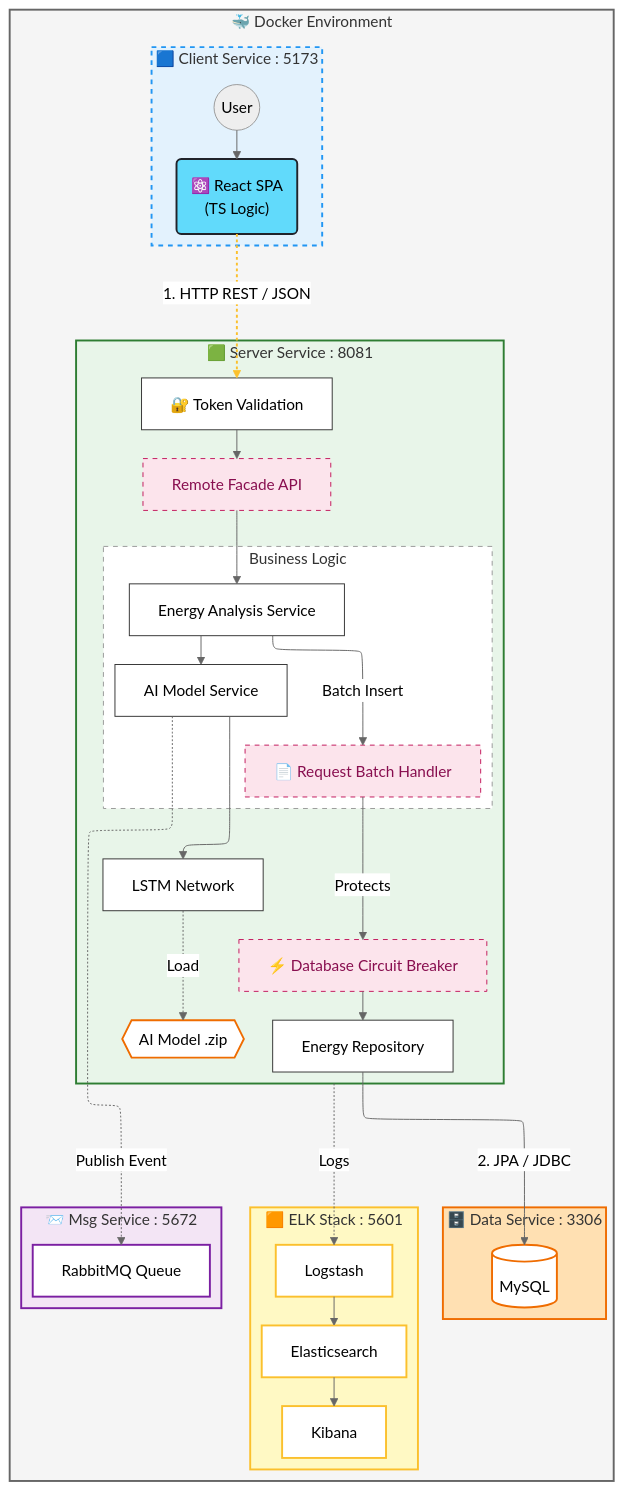
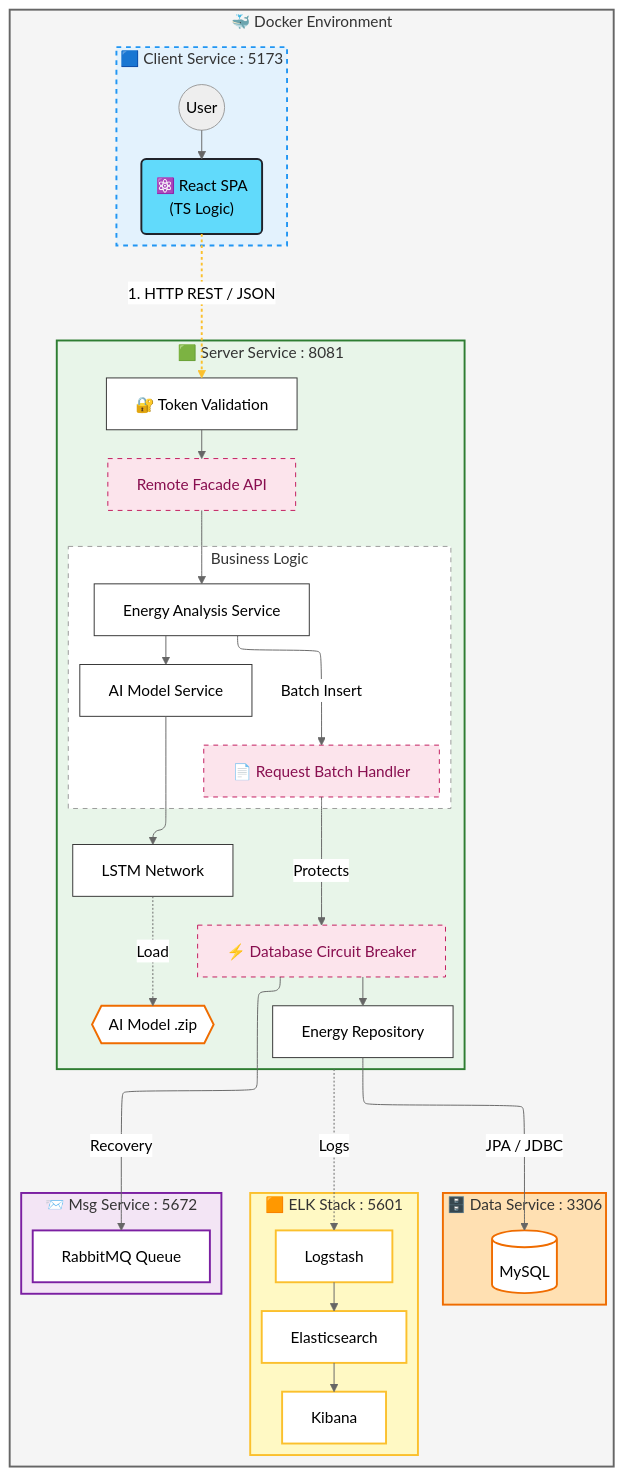
The diagram in assets/mermaid_sources/architecture_diagram.mmd (nameisalfio/nexus-energy-ds), drawn with Mermaid (neutral theme) before and after one commit. The commit also changed 3 other files, not shown here.

Commit message:
recovery service rabbitMQ

```diff
--- a/assets/mermaid_sources/architecture_diagram.mmd
+++ b/assets/mermaid_sources/architecture_diagram.mmd
@@ -1,93 +1,93 @@
 ---
 config:
   layout: elk
 ---
 flowchart TB
  subgraph Browser_Env["🟦 Client Service : 5173"]
     direction TB
         User(("User"))
         ReactApp("⚛️ React SPA<br>(TS Logic)")
   end
  subgraph Business_Logic["Business Logic"]
         Service["Energy Analysis Service"]
         AI["AI Model Service"]
         Batch["📄 Request Batch Handler"]
   end
  subgraph Server_App["🟩 Server Service : 8081"]
     direction TB
         Auth["🔐 Token Validation"]
         Facade["Remote Facade API"]
         Business_Logic
         CB_Database["⚡ Database Circuit Breaker"]
         Repo["Energy Repository"]
         ModelFile{{"AI Model .zip"}}
         LSTM["LSTM Network"]
   end
  subgraph Messaging_Service["📨 Msg Service : 5672"]
         RabbitMQ["RabbitMQ Queue"]
   end
  subgraph Data_Service["🗄️ Data Service : 3306"]
         MySQL[("MySQL")]
   end
  subgraph ELK_Stack["🟧 ELK Stack : 5601"]
     direction TB
         Logstash["Logstash"]
         Elasticsearch["Elasticsearch"]
         Kibana["Kibana"]
   end
  subgraph Docker_Host["🐳 Docker Environment"]
     direction TB
         Browser_Env
         Server_App
         Messaging_Service
         Data_Service
         ELK_Stack
   end
     User --> ReactApp
     Auth --> Facade
     Facade --> Service
     Service --> AI
     Service -- Batch Insert --> Batch
     AI --> LSTM
     LSTM -. Load .-> ModelFile
     Batch -- Protects --> CB_Database
     CB_Database --> Repo
     Logstash --> Elasticsearch
     Elasticsearch --> Kibana
     ReactApp -- "1. HTTP REST / JSON" --> Auth
-    Repo -- "2. JPA / JDBC" --> MySQL
-    AI -. Publish Event .-> RabbitMQ
+    Repo -- "JPA / JDBC" --> MySQL
+    CB_Database -- "Recovery" --> RabbitMQ
     Server_App -. Logs .-> Logstash
     Browser_Env ~~~ Server_App
     Server_App ~~~ Data_Service & Messaging_Service & ELK_Stack
 
      ReactApp:::frontend
      Auth:::component
      Facade:::pattern
      Service:::component
      AI:::component
      Batch:::pattern
      CB_Database:::pattern
      Repo:::component
      ModelFile:::db
      LSTM:::component
      RabbitMQ:::queue
      MySQL:::db
      Logstash:::logging
      Elasticsearch:::logging
      Kibana:::logging
     classDef component fill:#ffffff,stroke:#333,stroke-width:1px,color:black
     classDef db fill:#ffffff,stroke:#ef6c00,stroke-width:2px,color:black
     classDef pattern fill:#fce4ec,stroke:#c2185b,stroke-width:1px,stroke-dasharray: 5 5,color:#880e4f
     classDef logging fill:#ffffff,stroke:#fbc02d,stroke-width:2px,color:black
     classDef frontend fill:#61dafb,stroke:#20232a,stroke-width:2px,color:black
     classDef queue fill:#ffffff,stroke:#7b1fa2,stroke-width:2px,color:black
     classDef container fill:#f5f5f5,stroke:#666,stroke-width:2px
     style Server_App fill:#e8f5e9,stroke:#2e7d32,stroke-width:2px
     style Browser_Env fill:#e3f2fd,stroke:#2196f3,stroke-width:2px,stroke-dasharray: 5 5
     style Data_Service fill:#ffe0b2,stroke:#ef6c00,stroke-width:2px
     style Messaging_Service fill:#f3e5f5,stroke:#7b1fa2,stroke-width:2px
     style ELK_Stack fill:#fff9c4,stroke:#fbc02d,stroke-width:2px
     style Docker_Host fill:#f5f5f5,stroke:#666,stroke-width:2px
     style Business_Logic fill:#ffffff,stroke:#999,stroke-width:1px,stroke-dasharray: 5 5
     linkStyle 11 stroke:#fbc02d,stroke-width:2px,stroke-dasharray: 3 3,fill:none
```
